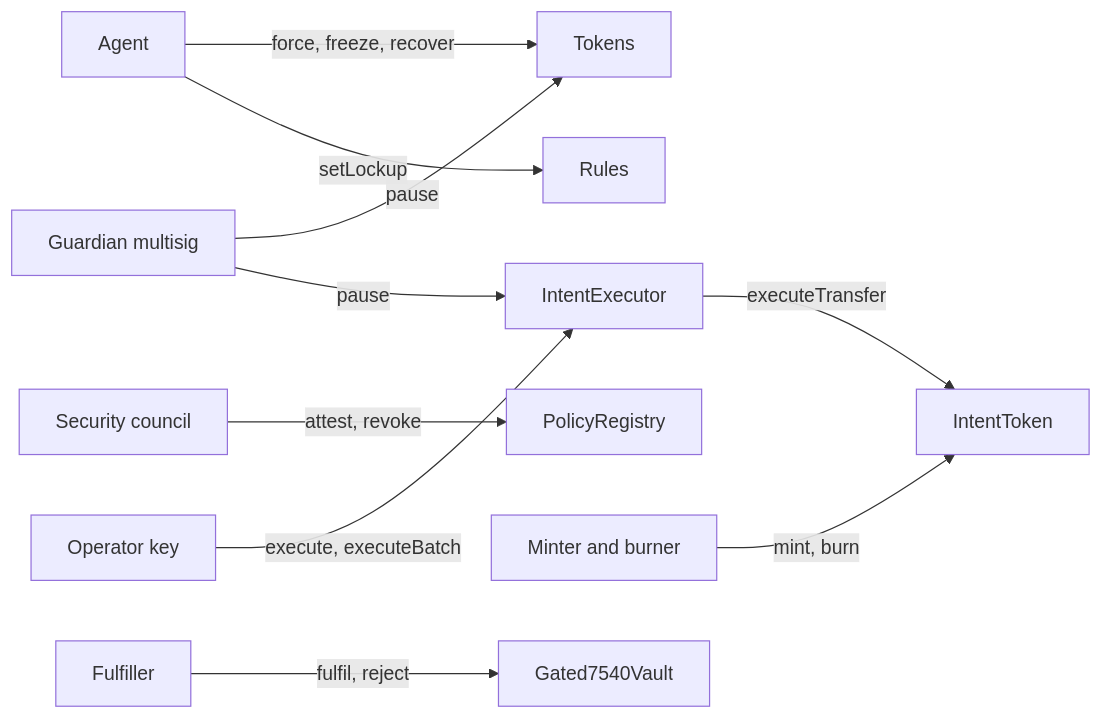
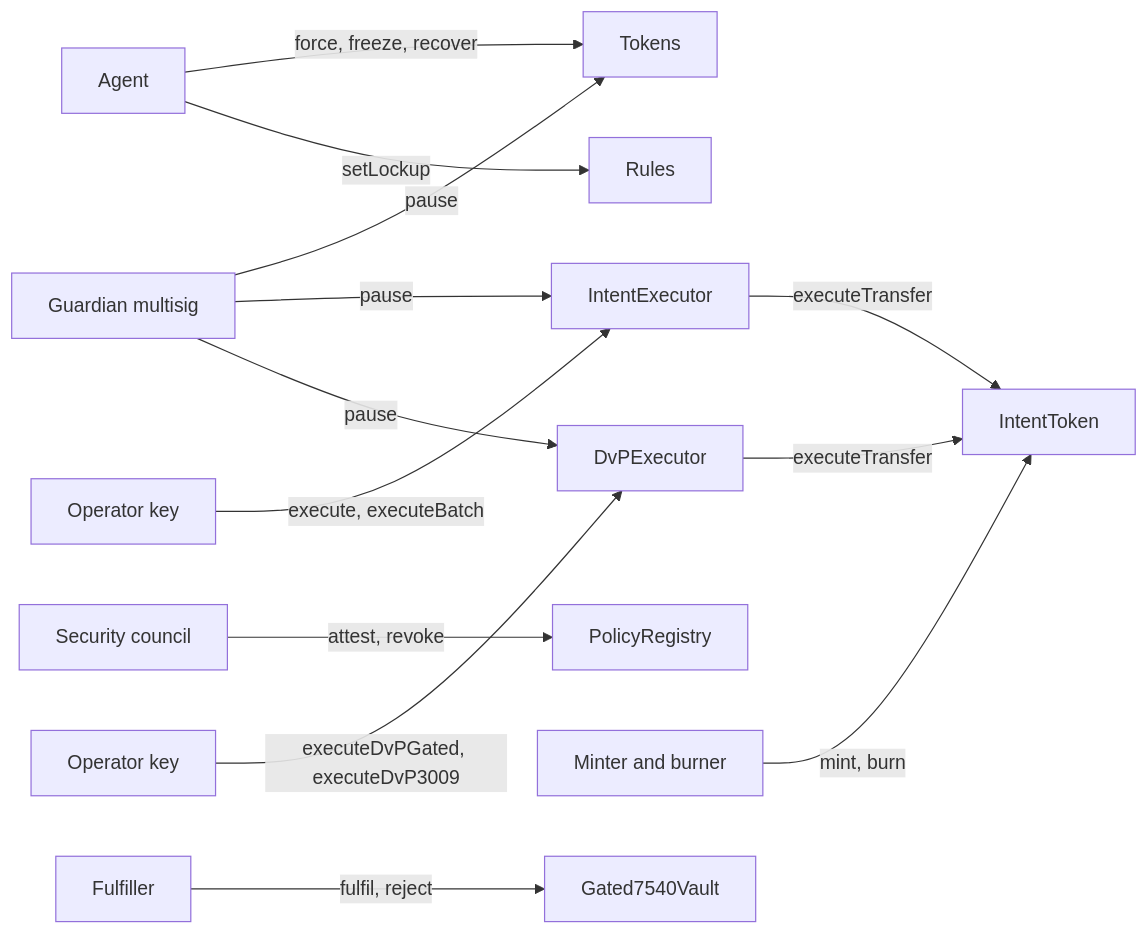
One commit to fepvenancio/rwa-token changed the second of 2 diagrams in docs/roles.md. Above: the diagram before and after it, drawn with Mermaid. The commit also changed other lines of this file and 18 other files, not shown here.

````diff
--- a/docs/roles.md
+++ b/docs/roles.md
@@ -76,12 +78,15 @@
 ```mermaid
 flowchart LR
   Guard["Guardian multisig"] -->|"pause"| Tokens["Tokens"]
   Guard -->|"pause"| Exec["IntentExecutor"]
+  Guard -->|"pause"| DvP["DvPExecutor"]
   Agent["Agent"] -->|"force, freeze, recover"| Tokens
   Agent -->|"setLockup"| Rules["Rules"]
   Council["Security council"] -->|"attest, revoke"| Reg["PolicyRegistry"]
   Issuer["Minter and burner"] -->|"mint, burn"| IT["IntentToken"]
   Op["Operator key"] -->|"execute, executeBatch"| Exec
   Exec -->|"executeTransfer"| IT
+  OpD["Operator key"] -->|"executeDvPGated, executeDvP3009"| DvP
+  DvP -->|"executeTransfer"| IT
   Bank["Fulfiller"] -->|"fulfil, reject"| V7["Gated7540Vault"]
 ```
````
